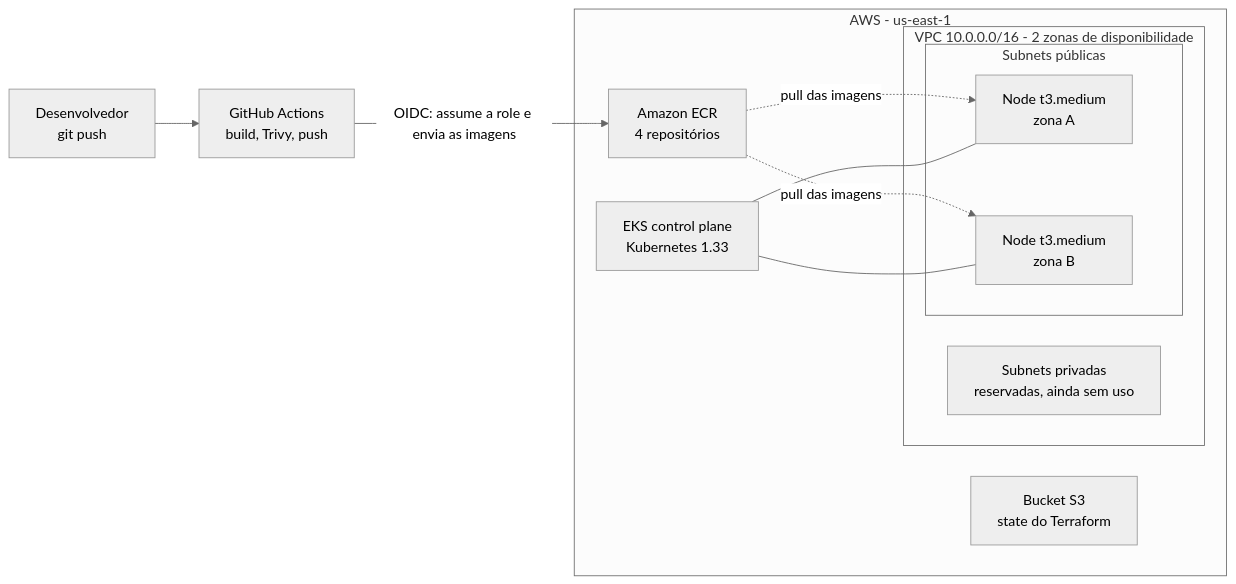
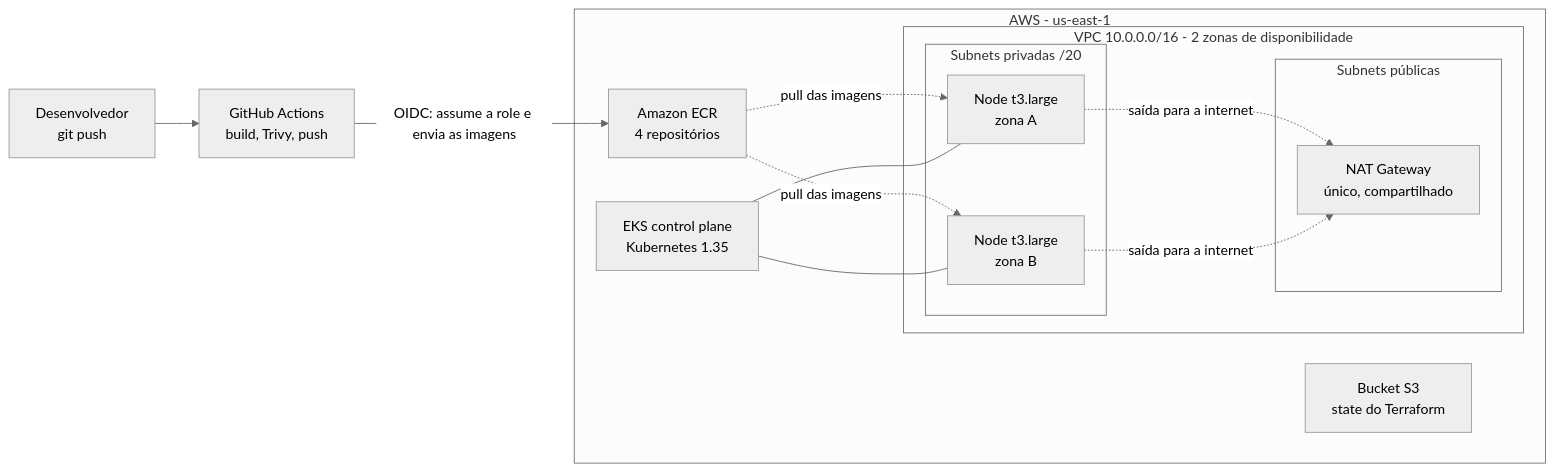
One commit to vxtxbryan/lab-ecommerce-microsservicos changed the first of 4 diagrams in README.md. Above: the diagram before and after it, drawn with Mermaid (neutral theme). The commit also changed other lines of this file and 13 other files, not shown here.

Commit message:
fase 0: K8s 1.35, subnets privadas, IRSA, parametrizacao

````diff
--- a/README.md
+++ b/README.md
@@ -67,23 +67,27 @@
 ```mermaid
 flowchart LR
     dev["Desenvolvedor<br/>git push"] --> gha["GitHub Actions<br/>build, Trivy, push"]
 
     subgraph AWS["AWS - us-east-1"]
         ecr["Amazon ECR<br/>4 repositórios"]
         s3["Bucket S3<br/>state do Terraform"]
-        cp["EKS control plane<br/>Kubernetes 1.33"]
+        cp["EKS control plane<br/>Kubernetes 1.35"]
         subgraph VPC["VPC 10.0.0.0/16 - 2 zonas de disponibilidade"]
             subgraph PUB["Subnets públicas"]
-                n1["Node t3.medium<br/>zona A"]
-                n2["Node t3.medium<br/>zona B"]
+                nat["NAT Gateway<br/>único, compartilhado"]
             end
-            priv["Subnets privadas<br/>reservadas, ainda sem uso"]
+            subgraph PRIV["Subnets privadas /20"]
+                n1["Node t3.large<br/>zona A"]
+                n2["Node t3.large<br/>zona B"]
+            end
         end
     end
 
     gha -->|"OIDC: assume a role e envia as imagens"| ecr
     ecr -.->|"pull das imagens"| n1
     ecr -.->|"pull das imagens"| n2
     cp --- n1
     cp --- n2
+    n1 -.->|"saída para a internet"| nat
+    n2 -.->|"saída para a internet"| nat
 ```
````
